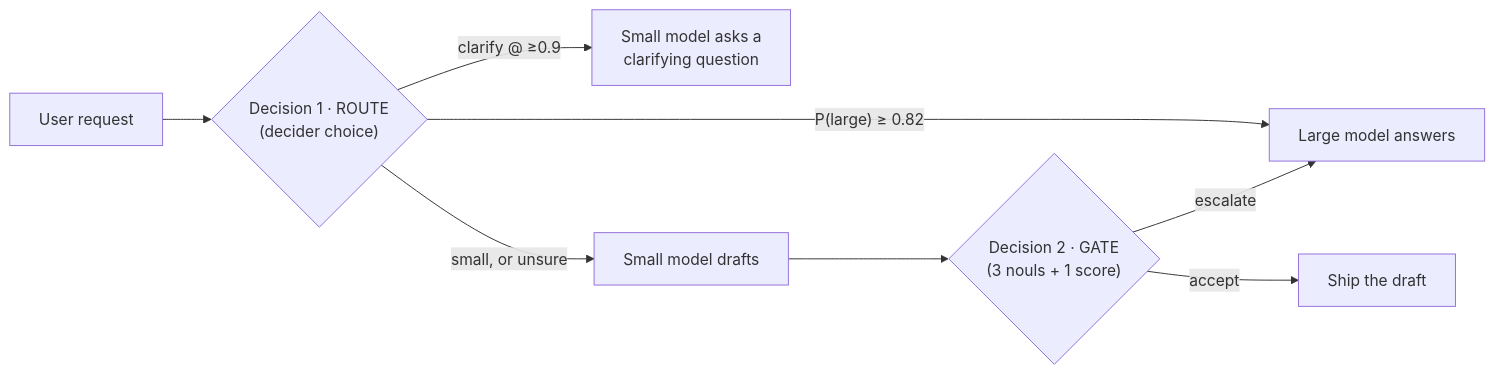
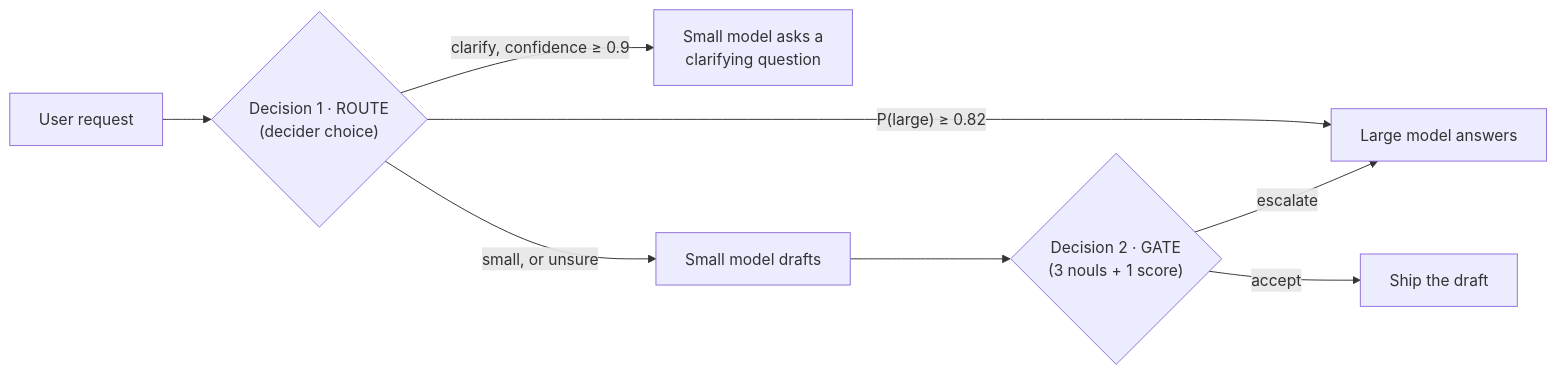
The diagram in README.md (Swayam-Ch/escalator), drawn with Mermaid before and after one commit. The commit also changed other lines of this file and 2 other files, not shown here.

````diff
--- a/README.md
+++ b/README.md
@@ -10,10 +10,10 @@
 ```mermaid
 flowchart LR
     U[User request] --> R{"Decision 1 · ROUTE<br/>(decider choice)"}
-    R -- "clarify @ ≥0.9" --> C[Small model asks a<br/>clarifying question]
+    R -- "clarify, confidence ≥ 0.9" --> C[Small model asks a<br/>clarifying question]
     R -- "P(large) ≥ 0.82" --> L[Large model answers]
     R -- "small, or unsure" --> S[Small model drafts]
     S --> G{"Decision 2 · GATE<br/>(3 nouls + 1 score)"}
     G -- accept --> A[Ship the draft]
     G -- escalate --> L
 ```
````
